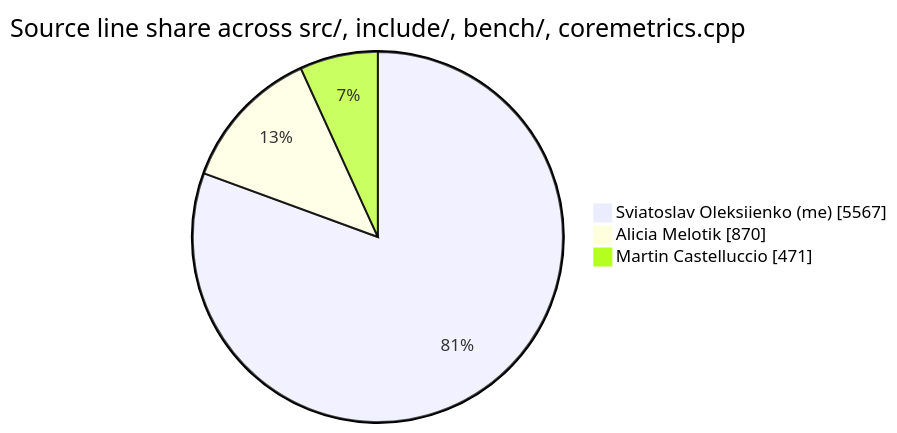
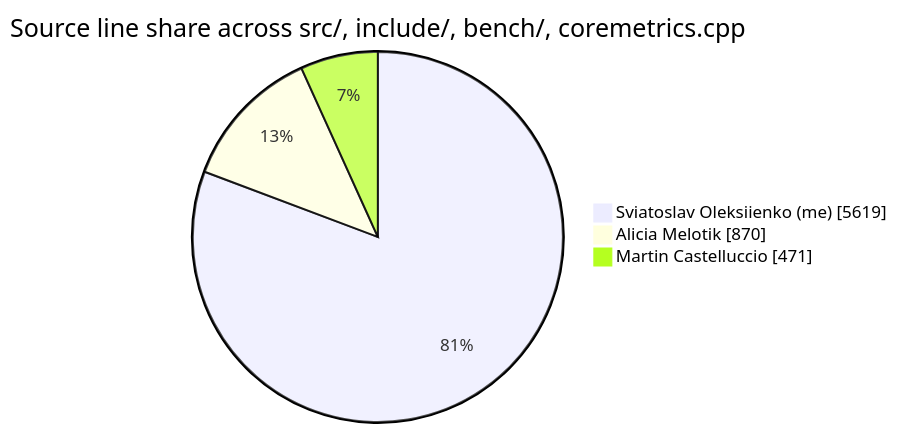
One commit to sviatil0/coremetrics changed the diagram in .github/badges/contributions.md. Above: the diagram before and after it, drawn with Mermaid. The commit also changed other lines of this file and 2 other files, not shown here.

````diff
--- a/.github/badges/contributions.md
+++ b/.github/badges/contributions.md
@@ -11,7 +11,7 @@
 ```mermaid
 pie showData
     title Source line share across src/, include/, bench/, coremetrics.cpp
-    "Sviatoslav Oleksiienko (me)" : 5567
+    "Sviatoslav Oleksiienko (me)" : 5619
     "Alicia Melotik" : 870
     "Martin Castelluccio" : 471
 ```
````
